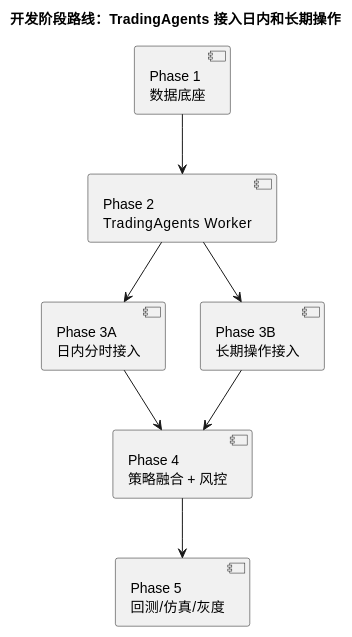
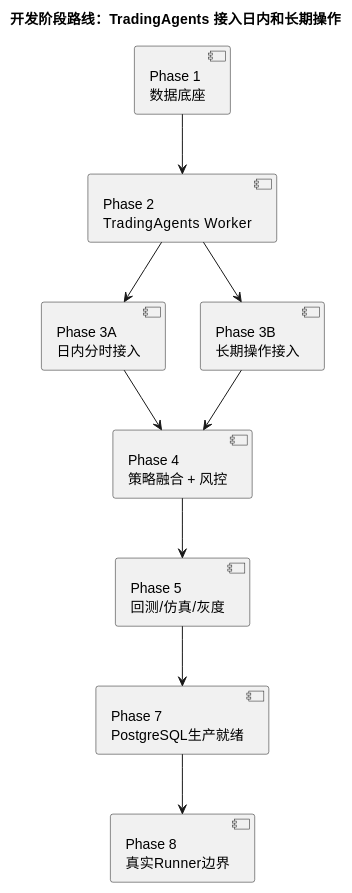
One commit to zhoudirac-C/vnpy changed diagram 16 of 16 in docs/community/info/custom_quant_architecture.md. Above: the diagram before and after it, drawn with PlantUML. The commit also changed other lines of this file and 2 other files, not shown here.

Commit message:
docs: mark tradingagents runner phase complete

````diff
--- a/docs/community/info/custom_quant_architecture.md
+++ b/docs/community/info/custom_quant_architecture.md
@@ -1162,23 +1194,27 @@
 ```plantuml
 @startuml
 title 开发阶段路线：TradingAgents 接入日内和长期操作
 
 skinparam shadowing false
 skinparam packageStyle rectangle
 
 component "Phase 1\n数据底座" as P1
 component "Phase 2\nTradingAgents Worker" as P2
 component "Phase 3A\n日内分时接入" as P3A
 component "Phase 3B\n长期操作接入" as P3B
 component "Phase 4\n策略融合 + 风控" as P4
 component "Phase 5\n回测/仿真/灰度" as P5
+component "Phase 7\nPostgreSQL生产就绪" as P7
+component "Phase 8\n真实Runner边界" as P8
 
 P1 --> P2
 P2 --> P3A
 P2 --> P3B
 P3A --> P4
 P3B --> P4
 P4 --> P5
+P5 --> P7
+P7 --> P8
 
 @enduml
 ```
````
